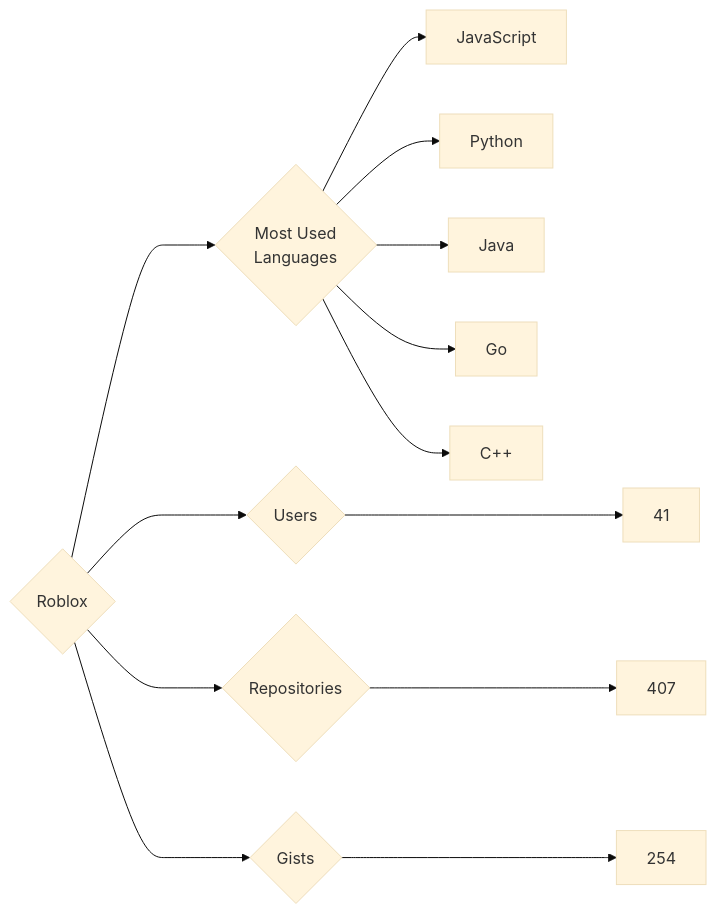
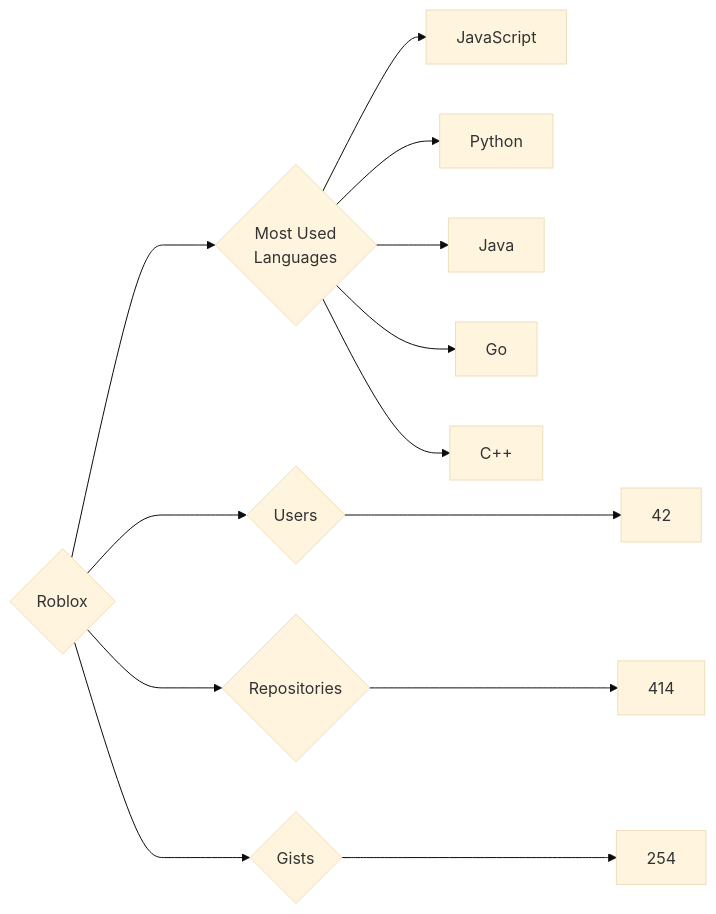
The diagram in targets/Roblox/README.md (trickest/insiders), drawn with Mermaid (base theme) before and after one commit. The commit also changed 1389 other files, not shown here.

````diff
--- a/targets/Roblox/README.md
+++ b/targets/Roblox/README.md
@@ -3,13 +3,13 @@
 ```mermaid
 graph LR
 COMPANY_NAME{Roblox}
-COMPANY_NAME ---> U{Users} ---> UN[41]
-COMPANY_NAME ---> R{Repositories} ---> RN[407]
+COMPANY_NAME ---> U{Users} ---> UN[42]
+COMPANY_NAME ---> R{Repositories} ---> RN[414]
 COMPANY_NAME ---> G{Gists} ---> GN[254]
 COMPANY_NAME ---> ML{Most Used<br>Languages}
 ML --> JavaScript[JavaScript]
 ML --> Python[Python]
 ML --> Java[Java]
 ML --> Go[Go]
 ML --> C++[C++]
 ```
````
